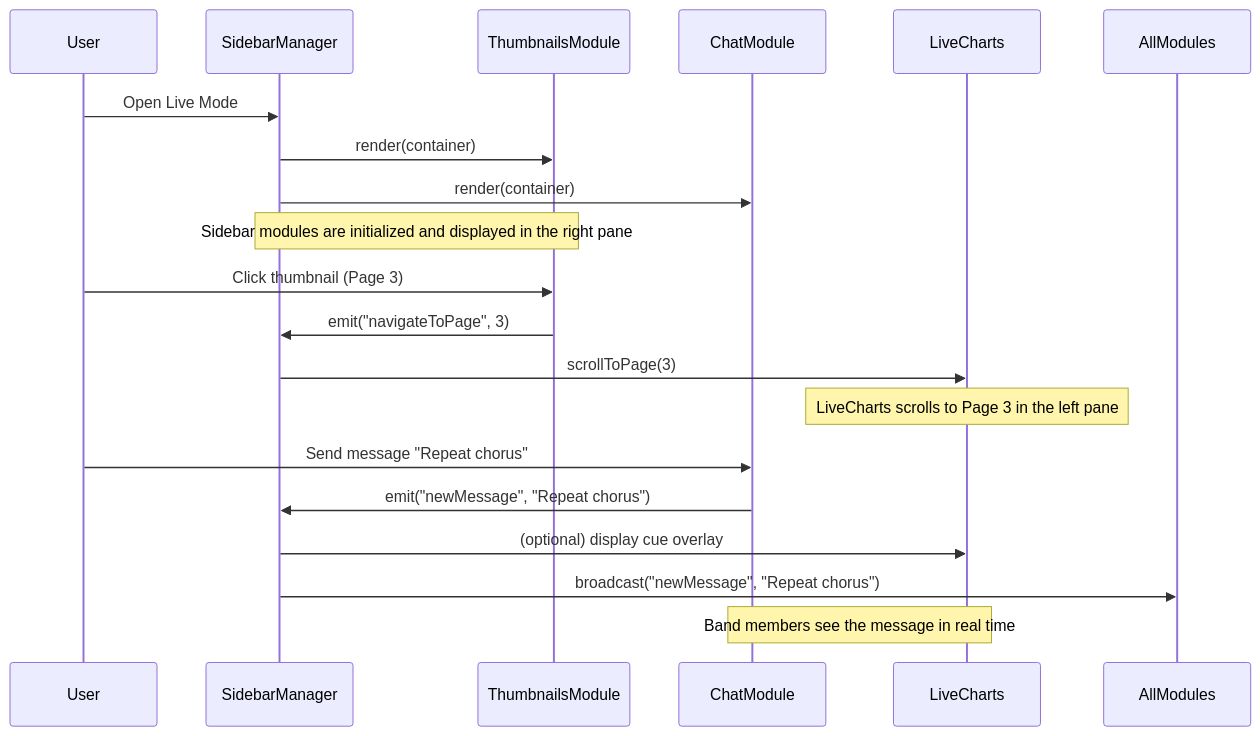
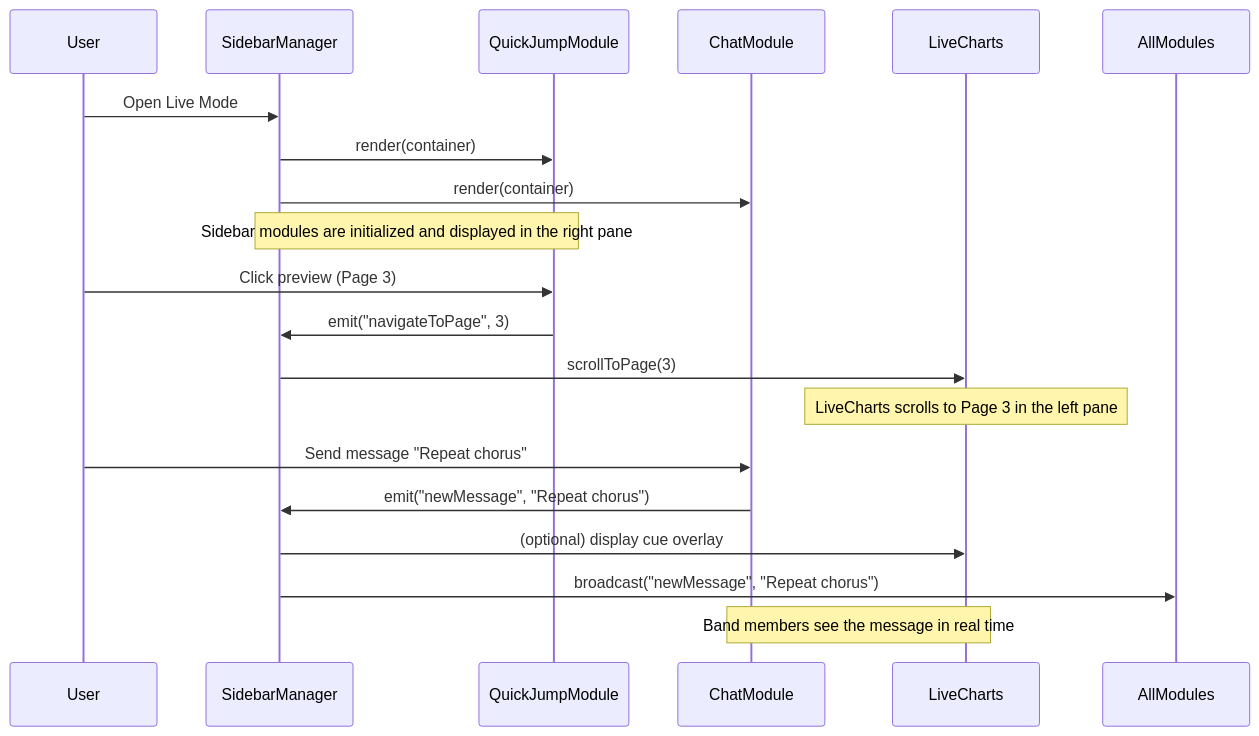
The second of 2 diagrams in RealtimeCollabfeatures.md (KingTeky/MyWhiteboard), drawn with Mermaid before and after one commit. The commit also changed other lines of this file and 3 other files, not shown here.

Commit message:
Quick Jump: first-page-per-chart, distinct quickjump-order-badge, refresh hooks and charts:changed event; UI sync fixes

````diff
--- a/RealtimeCollabfeatures.md
+++ b/RealtimeCollabfeatures.md
@@ -228,27 +244,27 @@
 ```mermaid
 sequenceDiagram
     participant User
     participant SidebarManager
-    participant ThumbnailsModule
+  participant QuickJumpModule
     participant ChatModule
     participant LiveCharts
 
     User->>SidebarManager: Open Live Mode
-    SidebarManager->>ThumbnailsModule: render(container)
+  SidebarManager->>QuickJumpModule: render(container)
     SidebarManager->>ChatModule: render(container)
 
-    Note over SidebarManager,ThumbnailsModule: Sidebar modules are initialized and displayed in the right pane
+  Note over SidebarManager,QuickJumpModule: Sidebar modules are initialized and displayed in the right pane
 
-    User->>ThumbnailsModule: Click thumbnail (Page 3)
-    ThumbnailsModule->>SidebarManager: emit("navigateToPage", 3)
+  User->>QuickJumpModule: Click preview (Page 3)
+  QuickJumpModule->>SidebarManager: emit("navigateToPage", 3)
     SidebarManager->>LiveCharts: scrollToPage(3)
 
     Note over LiveCharts: LiveCharts scrolls to Page 3 in the left pane
 
     User->>ChatModule: Send message "Repeat chorus"
     ChatModule->>SidebarManager: emit("newMessage", "Repeat chorus")
     SidebarManager->>LiveCharts: (optional) display cue overlay
     SidebarManager->>AllModules: broadcast("newMessage", "Repeat chorus")
 
     Note over ChatModule,LiveCharts: Band members see the message in real time
 ```
````
